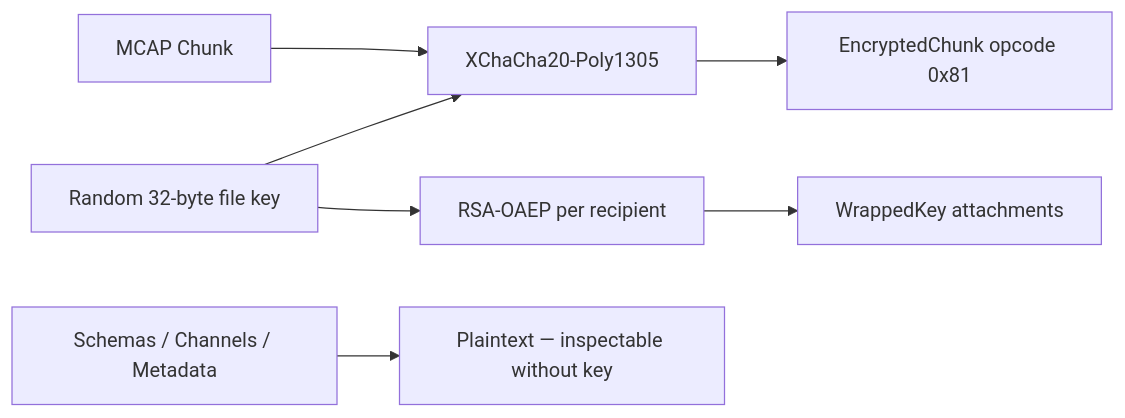
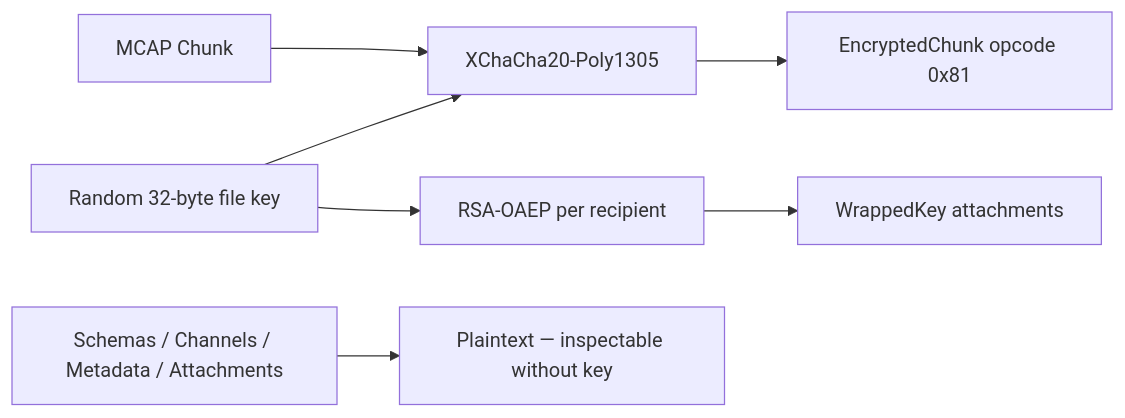
One commit to remete618/mcap-encrypt changed the diagram in README.md. Above: the diagram before and after it, drawn with Mermaid. The commit also changed other lines of this file and 1 other file, not shown here.

Commit message:
docs: fix key_id wording, add personality line, move quick start first, update mermaid+table, add test:interop script

````diff
--- a/README.md
+++ b/README.md
@@ -51,9 +53,9 @@
 ```mermaid
 flowchart LR
     A[MCAP Chunk] --> B[XChaCha20-Poly1305]
     D[Random 32-byte file key] --> B
     B --> C[EncryptedChunk opcode 0x81]
     D --> E[RSA-OAEP per recipient]
     E --> F[WrappedKey attachments]
-    G[Schemas / Channels / Metadata] --> H[Plaintext — inspectable without key]
+    G[Schemas / Channels / Metadata / Attachments] --> H[Plaintext — inspectable without key]
 ```
````
